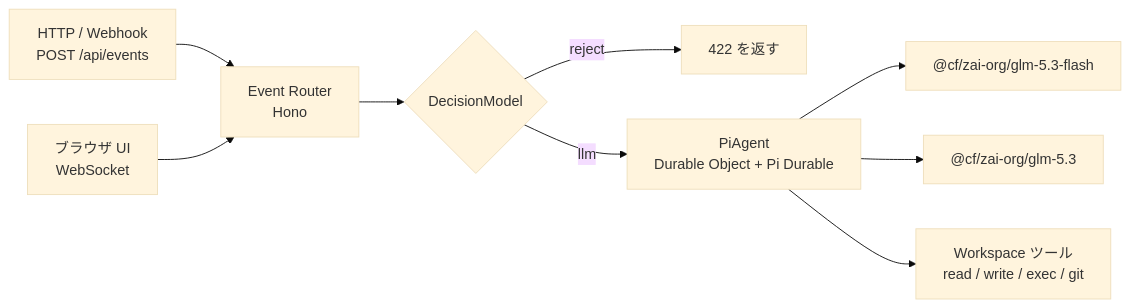
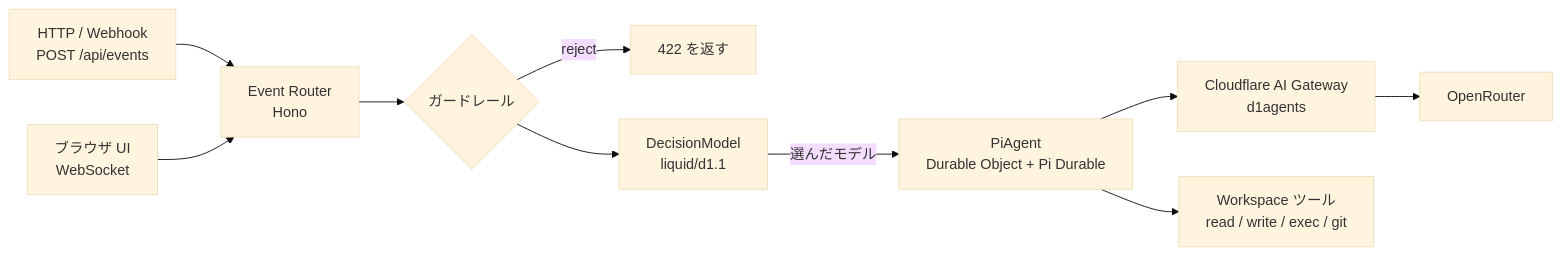
The diagram in README.md (YuSa0-6/PiDurableAgents), drawn with Mermaid (base theme) before and after one commit. The commit also changed other lines of this file and 11 other files, not shown here.

First line of the commit message:
Pick OpenRouter execution models with Liquid d1.1

````diff
--- a/README.md
+++ b/README.md
@@ -14,11 +14,12 @@
 ```mermaid
 flowchart LR
   A[HTTP / Webhook<br>POST /api/events] --> R[Event Router<br>Hono]
   B[ブラウザ UI<br>WebSocket] --> R
-  R --> D{DecisionModel}
-  D -- reject --> X[422 を返す]
-  D -- llm --> P[PiAgent<br>Durable Object + Pi Durable]
-  P --> L1["@cf/zai-org/glm-5.3-flash"]
-  P --> L2["@cf/zai-org/glm-5.3"]
+  R --> G{ガードレール}
+  G -- reject --> X[422 を返す]
+  G --> D[DecisionModel<br>liquid/d1.1]
+  D -- 選んだモデル --> P[PiAgent<br>Durable Object + Pi Durable]
+  P --> GW[Cloudflare AI Gateway<br>d1agents]
+  GW --> OR[OpenRouter]
   P --> T[Workspace ツール<br>read / write / exec / git]
 ```
````
